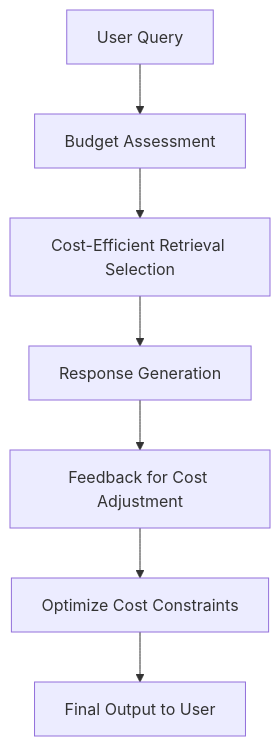
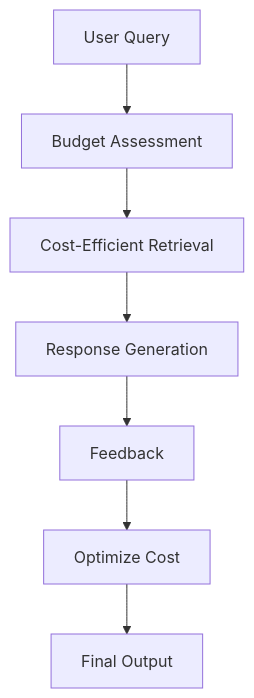
One commit to Dinuk-Di/RAG-Architectures changed diagram 14 of 25 in Readme.md. Above: the diagram before and after it, drawn with Mermaid. The commit also changed other lines of this file, not shown here.

````diff
--- a/Readme.md
+++ b/Readme.md
@@ -249,9 +277,9 @@
 ```mermaid
 flowchart TD
     A[User Query] --> B[Budget Assessment]
-    B --> C[Cost-Efficient Retrieval Selection]
+    B --> C[Cost-Efficient Retrieval]
     C --> D[Response Generation]
-    D --> E[Feedback for Cost Adjustment]
-    E --> F[Optimize Cost Constraints]
-    F --> G[Final Output to User]
+    D --> E[Feedback]
+    E --> F[Optimize Cost]
+    F --> G[Final Output]
 ```
````
